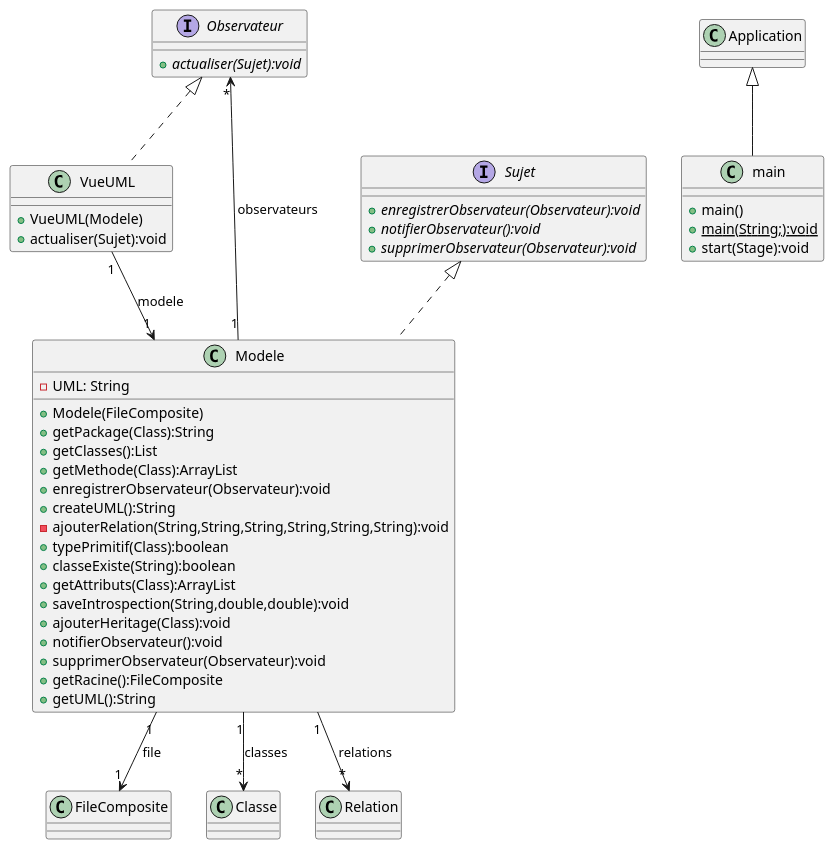
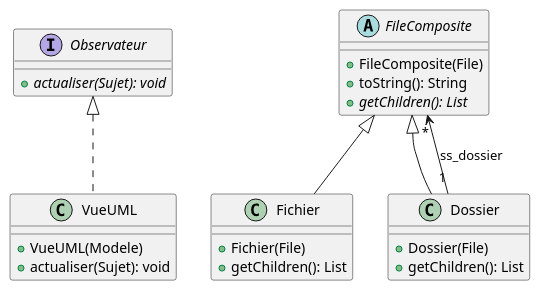
Before and after one commit to EliasKho/SAE-Plugin_JavaFx: the diagram in Diag.puml, drawn with PlantUML. The commit also changed 8 other files, not shown here.

```diff
--- a/Diag.puml
+++ b/Diag.puml
@@ -1,51 +1,31 @@
 @startuml
-class Modele {
--UML: String
-+Modele(FileComposite)
-+getPackage(Class):String
-+getClasses():List
-+getMethode(Class):ArrayList
-+enregistrerObservateur(Observateur):void
-+createUML():String
--ajouterRelation(String,String,String,String,String,String):void
-+typePrimitif(Class):boolean
-+classeExiste(String):boolean
-+getAttributs(Class):ArrayList
-+saveIntrospection(String,double,double):void
-+ajouterHeritage(Class):void
-+notifierObservateur():void
-+supprimerObservateur(Observateur):void
-+getRacine():FileComposite
-+getUML():String
+class Fichier {
++Fichier(File)
++getChildren(): List
 }
 
-class main {
-+main()
-+{static} main(String;):void
-+start(Stage):void
+interface Observateur {
++{abstract} actualiser(Sujet): void
 }
 
-interface Sujet {
-+{abstract} enregistrerObservateur(Observateur):void
-+{abstract} notifierObservateur():void
-+{abstract} supprimerObservateur(Observateur):void
+class Dossier {
++Dossier(File)
++getChildren(): List
 }
 
 class VueUML {
 +VueUML(Modele)
-+actualiser(Sujet):void
++actualiser(Sujet): void
 }
 
-interface Observateur {
-+{abstract} actualiser(Sujet):void
+abstract class FileComposite {
++FileComposite(File)
++toString(): String
++{abstract} getChildren(): List
 }
 
-Modele "1" --> "1" FileComposite : file
-Modele "1" --> "*" Observateur : observateurs
-Modele "1" --> "*" Classe : classes
-Modele "1" --> "*" Relation : relations
-Modele .u.|> Sujet : ""
-main -u-|> Application : ""
-VueUML "1" --> "1" Modele : modele
+Fichier -u-|> FileComposite : ""
+Dossier -u-|> FileComposite : ""
+Dossier "1" --> "*" FileComposite : ss_dossier
 VueUML .u.|> Observateur : ""
 @enduml
```
